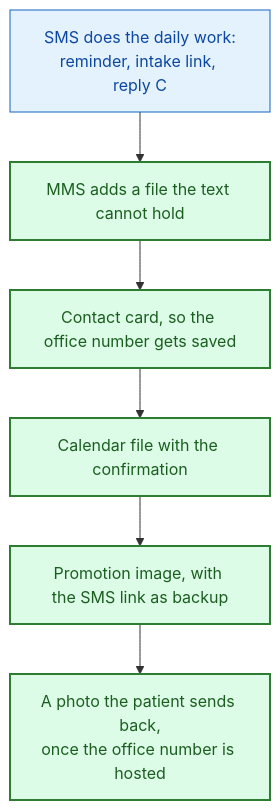
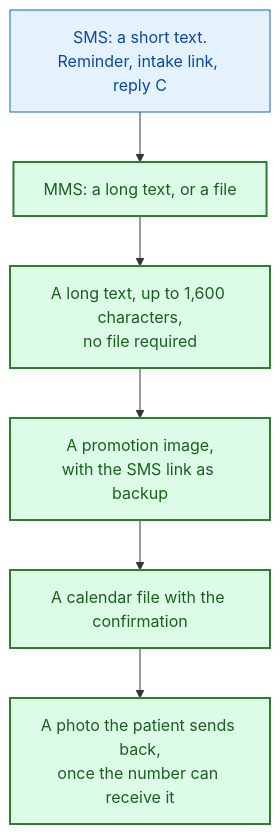
Before and after one commit to daava-hq/shared-docs: the second of 3 diagrams in docs/sms-and-picture-messages.md, drawn with Mermaid. The commit also changed other lines of this file, not shown here.

First line of the commit message:
Treat a long text as MMS, and drop contact cards

````diff
--- a/docs/sms-and-picture-messages.md
+++ b/docs/sms-and-picture-messages.md
@@ -89,14 +89,14 @@
 ```mermaid
 flowchart TD
-  SMS["SMS does the daily work:<br/>reminder, intake link, reply C"] --> MMS["MMS adds a file the text cannot hold"]
-  MMS --> CARD["Contact card, so the office number gets saved"]
-  CARD --> CAL["Calendar file with the confirmation"]
-  CAL --> PROMO["Promotion image, with the SMS link as backup"]
-  PROMO --> PHOTO["A photo the patient sends back,<br/>once the office number is hosted"]
+  SMS["SMS: a short text.<br/>Reminder, intake link, reply C"] --> MMS["MMS: a long text, or a file"]
+  MMS --> LONG["A long text, up to 1,600 characters,<br/>no file required"]
+  LONG --> PROMO["A promotion image,<br/>with the SMS link as backup"]
+  PROMO --> CAL["A calendar file with the confirmation"]
+  CAL --> PHOTO["A photo the patient sends back,<br/>once the number can receive it"]
 
   classDef actionNode fill:#e3f2fd,stroke:#1565c0,color:#0d47a1
   classDef cleanNode fill:#dcfce7,stroke:#2e7d32,stroke-width:2px,color:#1b5e20
 
   class SMS actionNode
-  class MMS,CARD,CAL,PROMO,PHOTO cleanNode
+  class MMS,LONG,CAL,PROMO,PHOTO cleanNode
 ```
````
